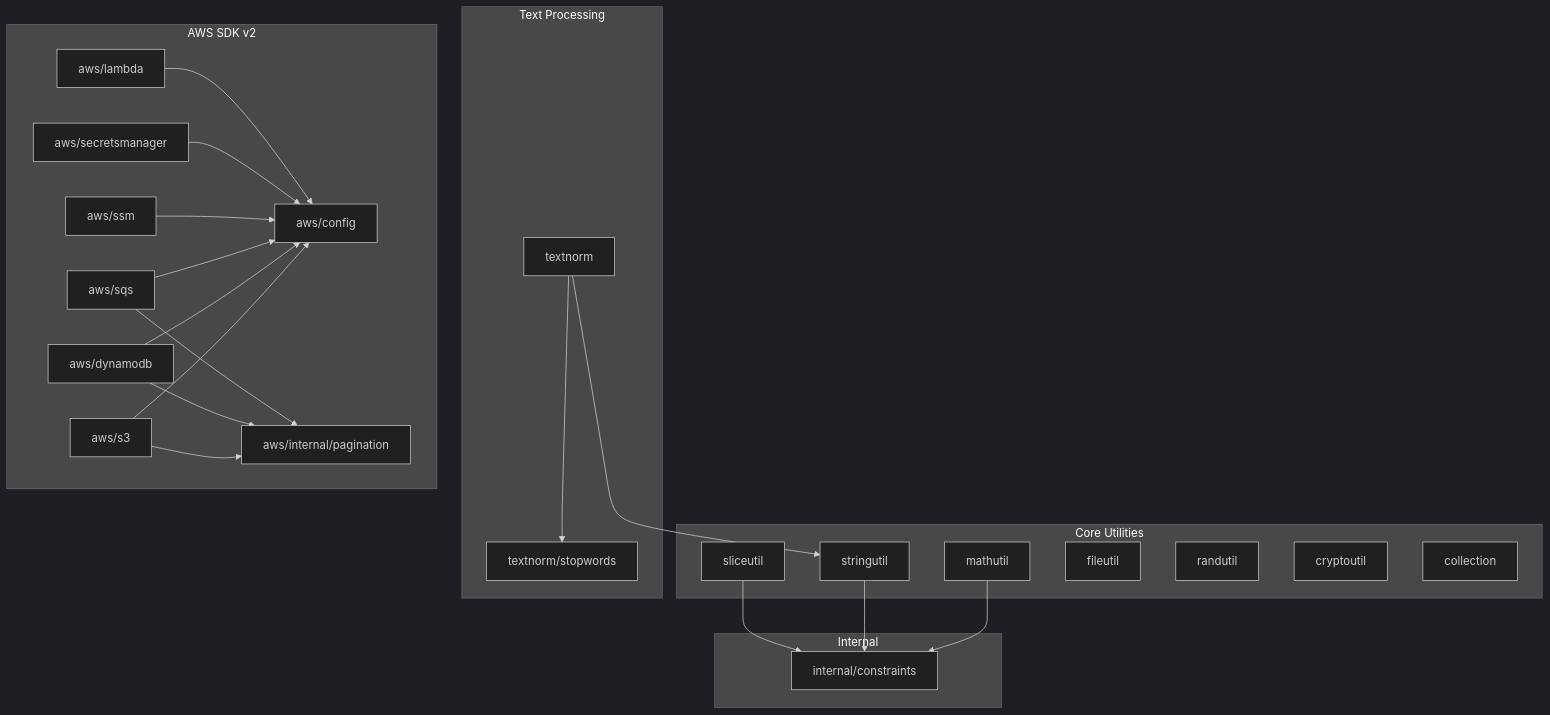
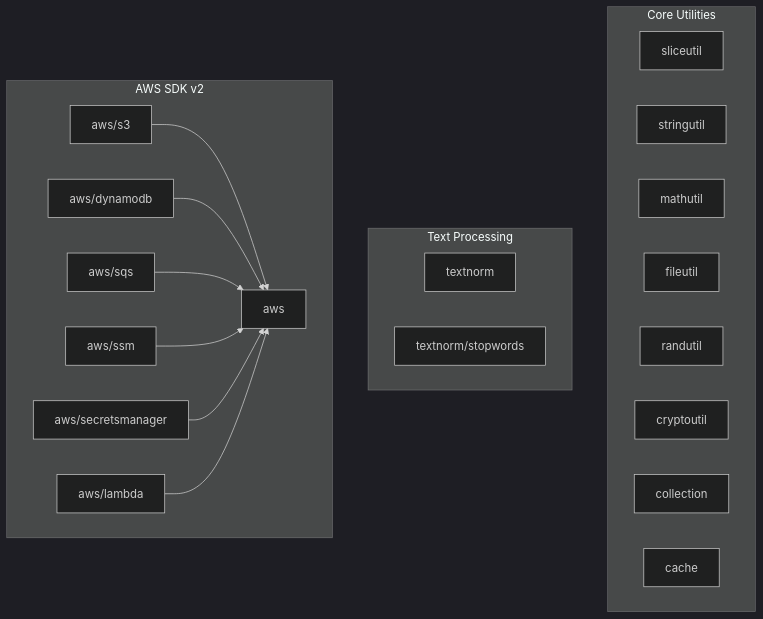
Before and after one commit to alessiosavi/GoGPUtils: the diagram in docs/packages/index.md, drawn with Mermaid (dark theme). The commit also changed other lines of this file and 9 other files, not shown here.

````diff
--- a/docs/packages/index.md
+++ b/docs/packages/index.md
@@ -56,47 +59,35 @@
 ```mermaid
 graph TB
     subgraph Core["Core Utilities"]
         SL[sliceutil]
         STR[stringutil]
         M[mathutil]
         F[fileutil]
         R[randutil]
         CR[cryptoutil]
         COL[collection]
+        CA[cache]
     end
 
     subgraph Text["Text Processing"]
         TN[textnorm]
         SW[textnorm/stopwords]
     end
 
     subgraph AWS2["AWS SDK v2"]
-        AC[aws/config]
+        AC[aws]
         S3[aws/s3]
         DDB[aws/dynamodb]
         SQS[aws/sqs]
         SSM[aws/ssm]
         SM[aws/secretsmanager]
         L[aws/lambda]
-        AIP[aws/internal/pagination]
     end
 
-    subgraph Internal["Internal"]
-        IC[internal/constraints]
-    end
-
-    SL --> IC
-    STR --> IC
-    M --> IC
-    TN --> STR
-    TN --> SW
     S3 --> AC
     DDB --> AC
     SQS --> AC
     SSM --> AC
     SM --> AC
     L --> AC
-    S3 --> AIP
-    DDB --> AIP
-    SQS --> AIP
 ```
````
